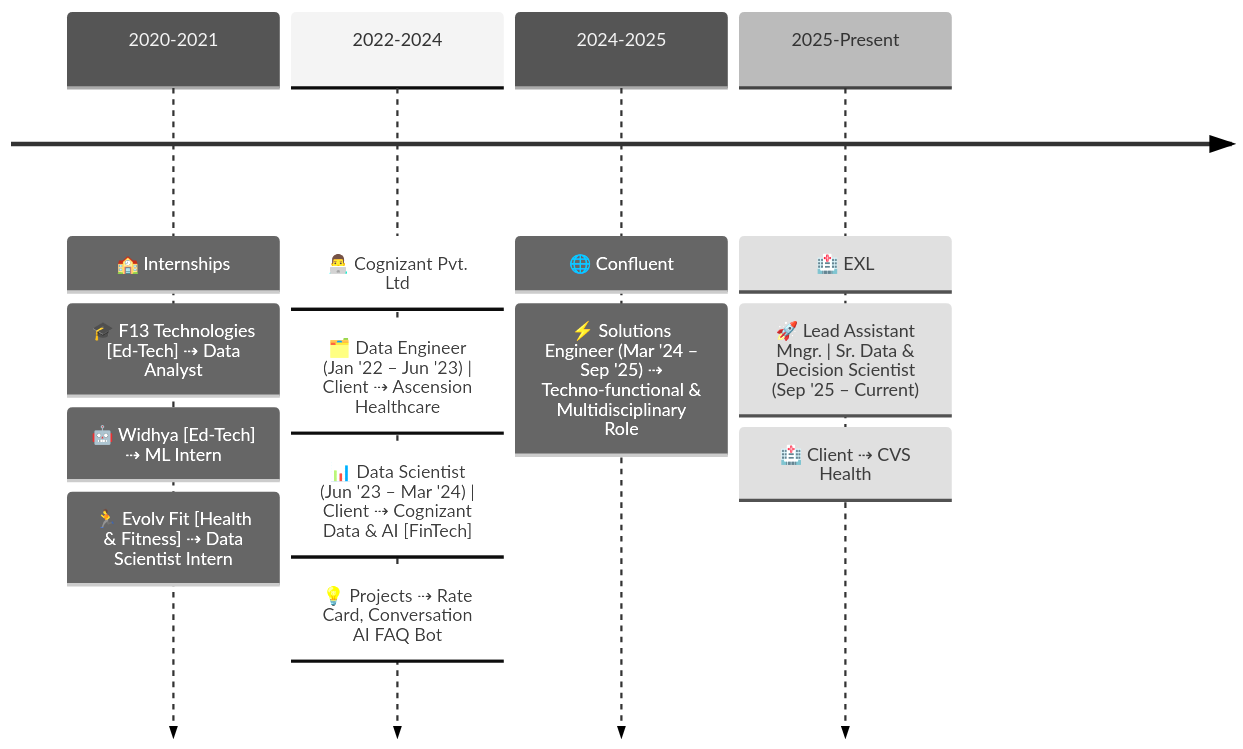
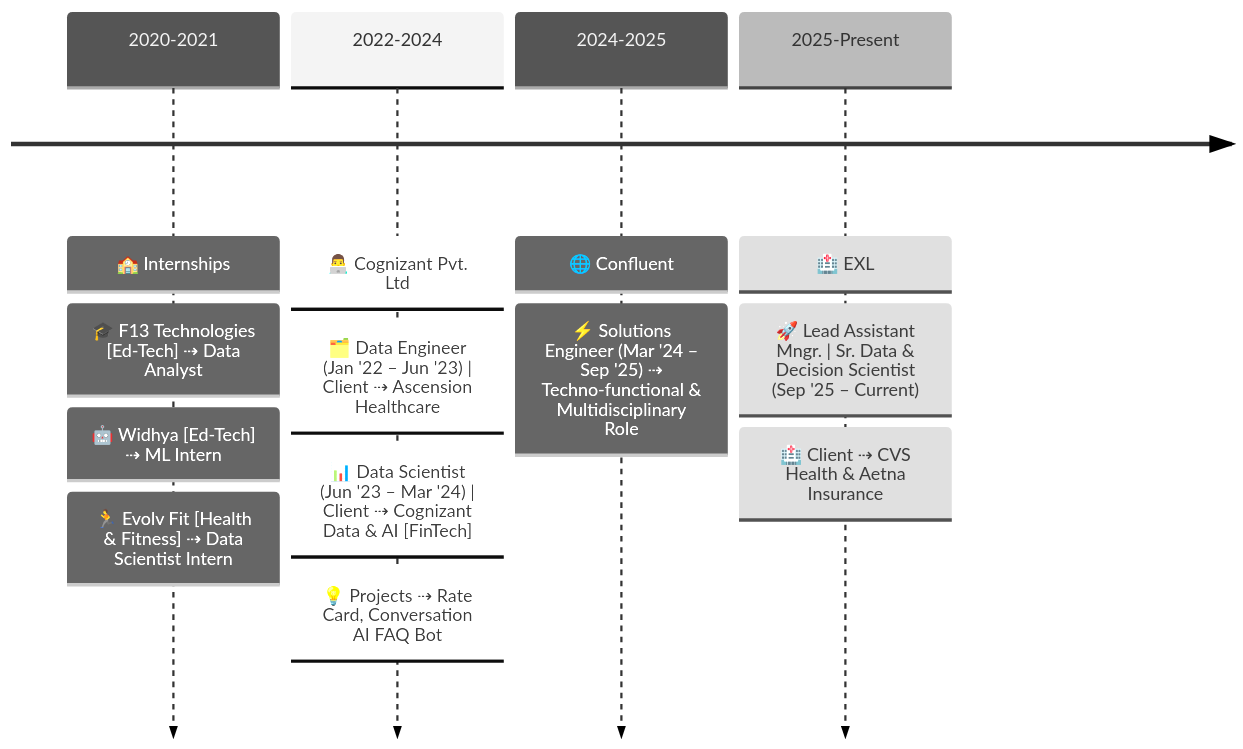
The diagram in README.md (KunalAnand2907/KunalAnand2907), drawn with Mermaid (neutral theme) before and after one commit. The commit also changed other lines of this file, not shown here.

````diff
--- a/README.md
+++ b/README.md
@@ -237,20 +237,20 @@
 ```mermaid
 timeline
 
     2020-2021 : 🏫 Internships
         : 🎓 F13 Technologies [Ed-Tech] ⇢ Data Analyst
         : 🤖 Widhya [Ed-Tech] ⇢ ML Intern
         : 🏃 Evolv Fit [Health & Fitness] ⇢ Data Scientist Intern
 
     2022-2024 : 👨‍💻 Cognizant Pvt. Ltd
         : 🗂️ Data Engineer (Jan '22 – Jun '23) | Client ⇢ Ascension Healthcare
         : 📊 Data Scientist (Jun '23 – Mar '24) | Client ⇢ Cognizant Data & AI [FinTech]
         : 💡 Projects ⇢ Rate Card, Conversation AI FAQ Bot
 
     2024-2025 : 🌐 Confluent
         : ⚡ Solutions Engineer (Mar '24 – Sep '25) ⇢ Techno-functional & Multidisciplinary Role
 
     2025-Present : 🏥 EXL
         : 🚀 Lead Assistant Mngr. | Sr. Data & Decision Scientist (Sep '25 – Current)
-        : 🏥 Client ⇢ CVS Health
+        : 🏥 Client ⇢ CVS Health & Aetna Insurance
  ```
````
